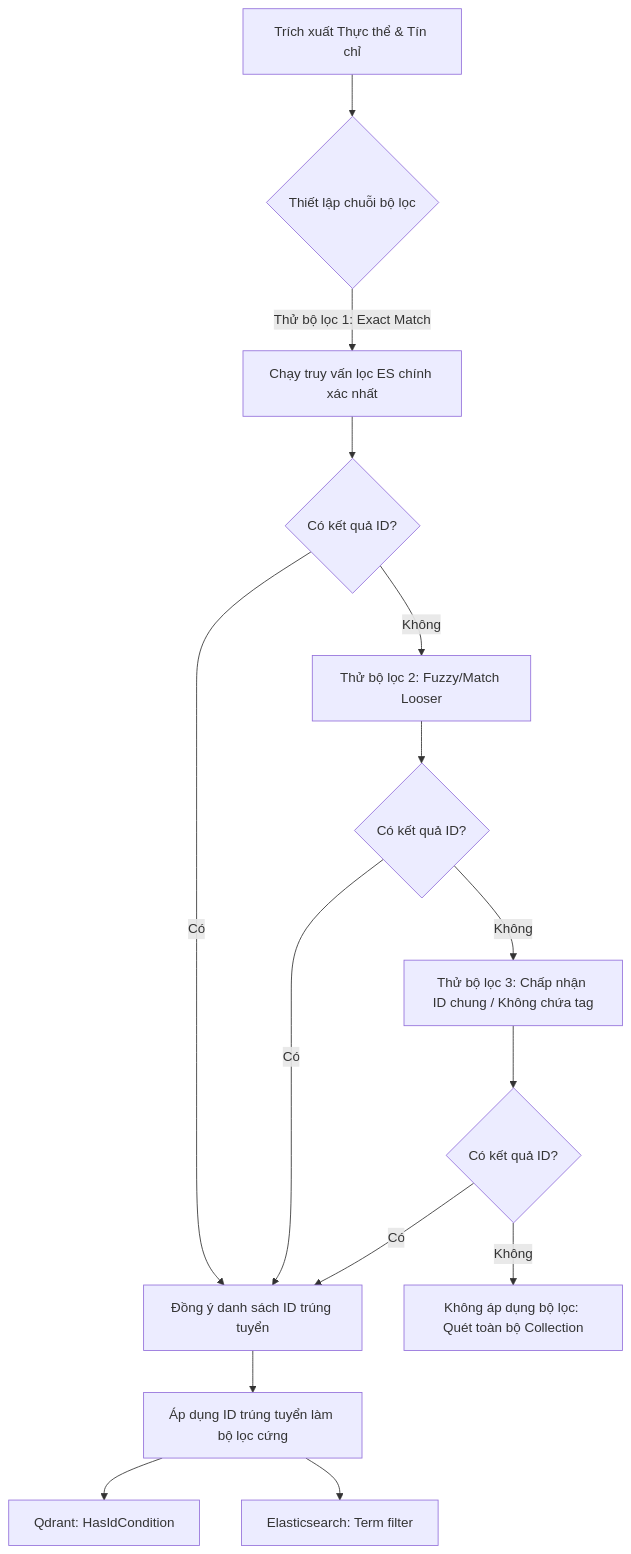
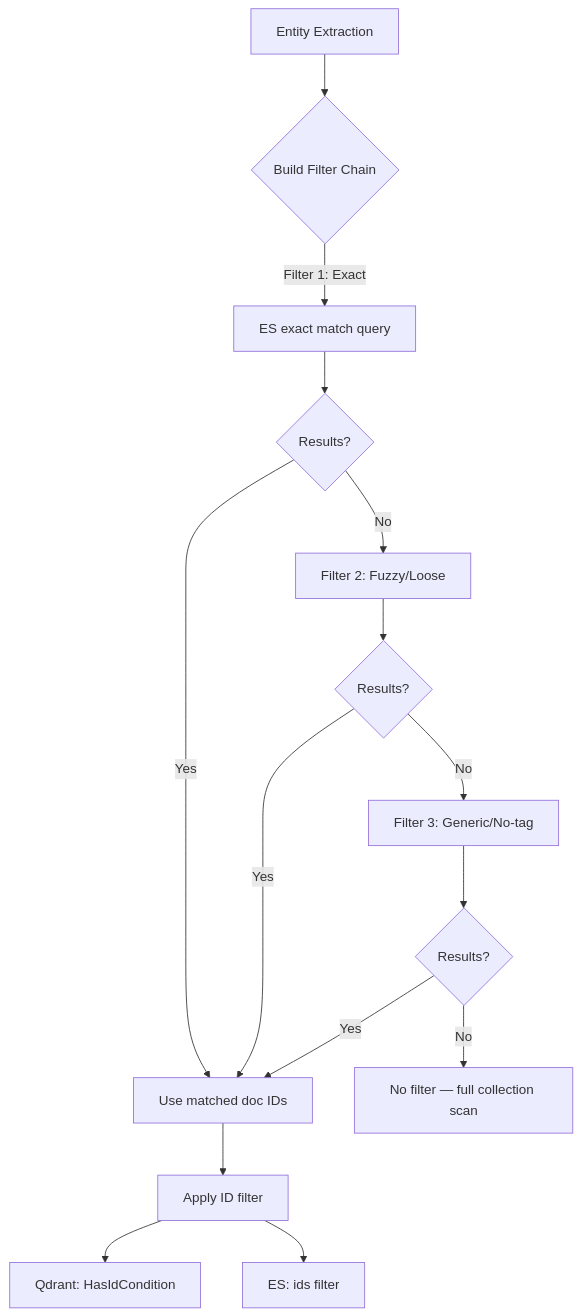
Before and after one commit to hoainam183/GR: the second of 2 diagrams in retrieval_flow_detail.md, drawn with Mermaid. The commit also changed other lines of this file, not shown here.

````diff
--- a/retrieval_flow_detail.md
+++ b/retrieval_flow_detail.md
@@ -111,17 +187,17 @@
 ```mermaid
 flowchart TD
-    Start[Trích xuất Thực thể & Tín chỉ] --> Chain{Thiết lập chuỗi bộ lọc}
-    Chain -->|Thử bộ lọc 1: Exact Match| ES1[Chạy truy vấn lọc ES chính xác nhất]
-    ES1 --> Match1{Có kết quả ID?}
-    Match1 -->|Có| Win[Đồng ý danh sách ID trúng tuyển]
-    Match1 -->|Không| ES2[Thử bộ lọc 2: Fuzzy/Match Looser]
-    ES2 --> Match2{Có kết quả ID?}
-    Match2 -->|Có| Win
-    Match2 -->|Không| ES3[Thử bộ lọc 3: Chấp nhận ID chung / Không chứa tag]
-    ES3 --> Match3{Có kết quả ID?}
-    Match3 -->|Có| Win
-    Match3 -->|Không| Fallback[Không áp dụng bộ lọc: Quét toàn bộ Collection]
-    Win --> Apply[Áp dụng ID trúng tuyển làm bộ lọc cứng]
+    Start[Entity Extraction] --> Chain{Build Filter Chain}
+    Chain -->|Filter 1: Exact| ES1[ES exact match query]
+    ES1 --> Match1{Results?}
+    Match1 -->|Yes| Win[Use matched doc IDs]
+    Match1 -->|No| ES2[Filter 2: Fuzzy/Loose]
+    ES2 --> Match2{Results?}
+    Match2 -->|Yes| Win
+    Match2 -->|No| ES3[Filter 3: Generic/No-tag]
+    ES3 --> Match3{Results?}
+    Match3 -->|Yes| Win
+    Match3 -->|No| Fallback[No filter — full collection scan]
+    Win --> Apply[Apply ID filter]
     Apply --> Qdrant[Qdrant: HasIdCondition]
-    Apply --> ES[Elasticsearch: Term filter]
+    Apply --> ES[ES: ids filter]
 ```
````
